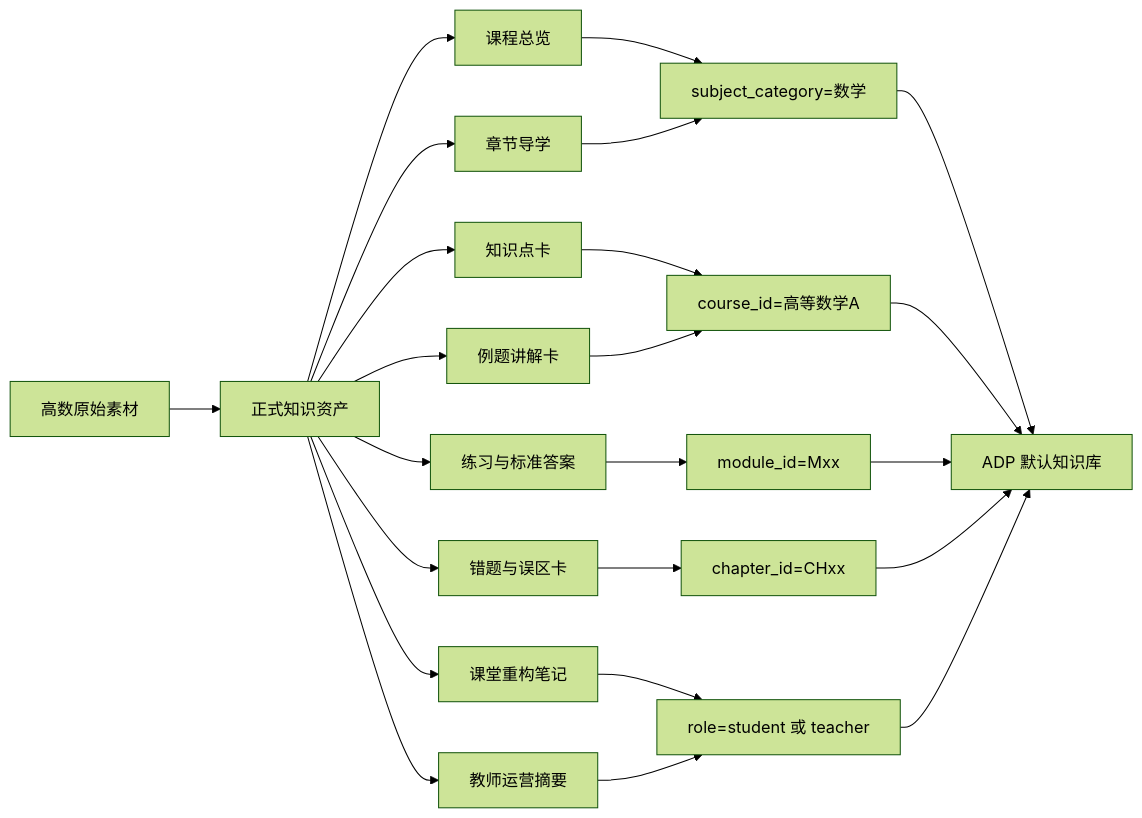
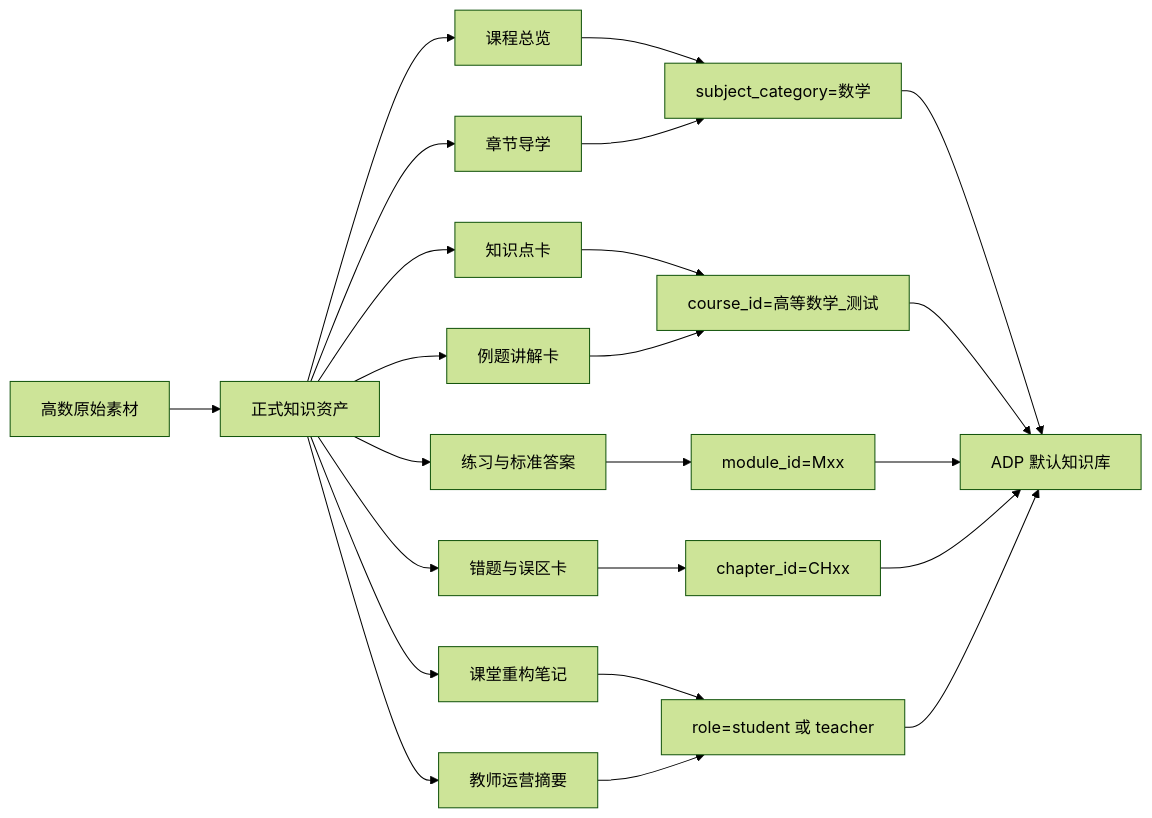
One commit to chenqsq/doc-showcase changed the second of 2 diagrams in doc/智能体文档/学科层/高等数学-知识库接入与落库方案.md. Above: the diagram before and after it, drawn with Mermaid (forest theme). The commit also changed other lines of this file and 234 other files, not shown here.

````diff
--- a/doc/智能体文档/学科层/高等数学-知识库接入与落库方案.md
+++ b/doc/智能体文档/学科层/高等数学-知识库接入与落库方案.md
@@ -258,28 +258,28 @@
 ```mermaid
 flowchart LR
     A[高数原始素材] --> B[正式知识资产]
 
     B --> C1[课程总览]
     B --> C2[章节导学]
     B --> C3[知识点卡]
     B --> C4[例题讲解卡]
     B --> C5[练习与标准答案]
     B --> C6[错题与误区卡]
     B --> C7[课堂重构笔记]
     B --> C8[教师运营摘要]
 
     C1 --> D[subject_category=数学]
     C2 --> D
-    C3 --> E[course_id=高等数学A]
+    C3 --> E[course_id=高等数学_测试]
     C4 --> E
     C5 --> F[module_id=Mxx]
     C6 --> G[chapter_id=CHxx]
     C7 --> H[role=student 或 teacher]
     C8 --> H
 
     D --> I[ADP 默认知识库]
     E --> I
     F --> I
     G --> I
     H --> I
 ```
````
